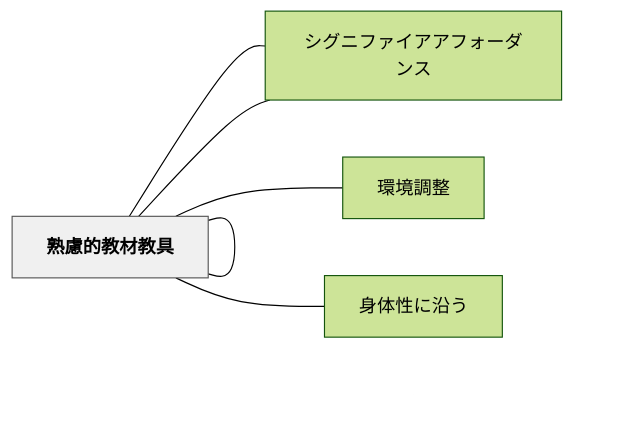
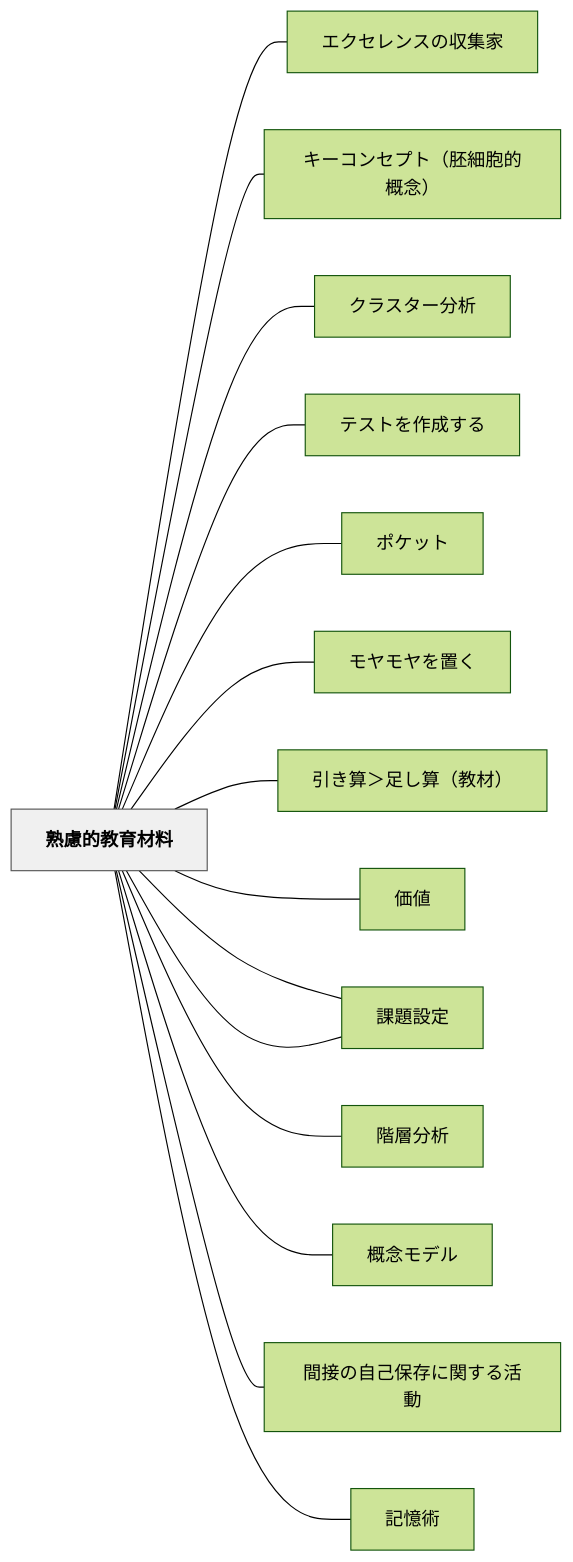
One commit to unknownthings-ed-patterns/unknownthings-ed-patterns changed the diagram in content/パタン/熟慮的教育材料.md. Above: the diagram before and after it, drawn with Mermaid (forest theme). The commit also changed other lines of this file and 473 other files, not shown here.

````diff
--- a/content/パタン/熟慮的教育材料.md
+++ b/content/パタン/熟慮的教育材料.md
@@ -37,18 +91,36 @@
 ```mermaid
 flowchart LR
     ne7869fe685ae["熟慮的教育材料"]
-    ne7869fe685ae["熟慮的教材教具"]
-    ne382b7e382b0["シグニファイア"]
-    ne382b7e382b0["シグニファイアアフォーダンス"]
-    ne792b0e5a283["環境調整"]
-    ne8baabe4bd93["身体性に沿う"]
+    ne382a8e382af["エクセレンスの収集家"]
+    ne382ade383bc["キーコンセプト（胚細胞的概念）"]
+    ne382afe383a9["クラスター分析"]
+    ne38386e382b9["テストを作成する"]
+    ne3839de382b1["ポケット"]
+    ne383a2e383a4["モヤモヤを置く"]
+    ne5bc95e3818d["引き算＞足し算（教材）"]
+    ne4bea1e580a4["価値"]
+    ne8aab2e9a18c["課題の調整"]
+    ne8aab2e9a18c["課題設定"]
+    ne99a8ee5b1a4["階層分析"]
+    ne6a682e5bfb5["概念モデル"]
+    ne99693e68ea5["間接の自己保存に関する活動"]
+    ne8a898e686b6["記憶術"]
 
-    ne7869fe685ae --- ne7869fe685ae
-    ne7869fe685ae --- ne382b7e382b0
-    ne7869fe685ae --- ne382b7e382b0
-    ne7869fe685ae --- ne792b0e5a283
-    ne7869fe685ae --- ne8baabe4bd93
+    ne7869fe685ae --- ne382a8e382af
+    ne7869fe685ae --- ne382ade383bc
+    ne7869fe685ae --- ne382afe383a9
+    ne7869fe685ae --- ne38386e382b9
+    ne7869fe685ae --- ne3839de382b1
+    ne7869fe685ae --- ne383a2e383a4
+    ne7869fe685ae --- ne5bc95e3818d
+    ne7869fe685ae --- ne4bea1e580a4
+    ne7869fe685ae --- ne8aab2e9a18c
+    ne7869fe685ae --- ne8aab2e9a18c
+    ne7869fe685ae --- ne99a8ee5b1a4
+    ne7869fe685ae --- ne6a682e5bfb5
+    ne7869fe685ae --- ne99693e68ea5
+    ne7869fe685ae --- ne8a898e686b6
 
     classDef hub fill:#f0f0f0,stroke:#555,color:#000,font-weight:bold
     class ne7869fe685ae hub
 ```
````
